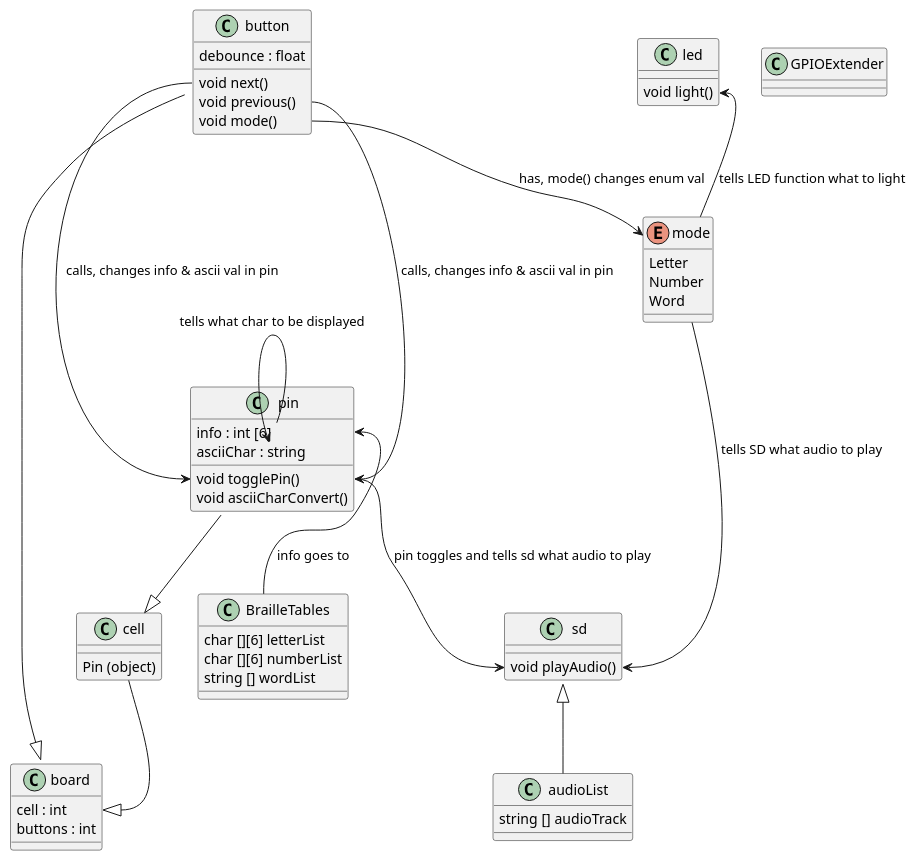
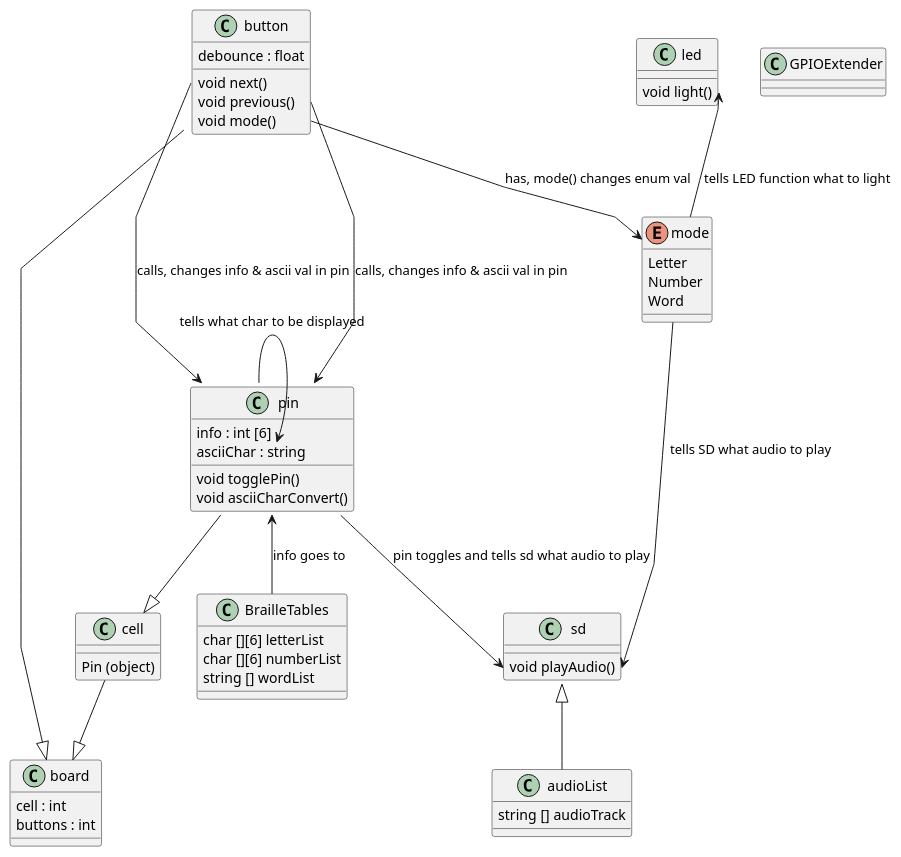
Before and after one commit to nathe6/ENGR696-Braille: the diagram in Braille_Project/main/Braille.puml, drawn with PlantUML.

Commit message:
Second UML Diagram

```diff
--- a/Braille_Project/main/Braille.puml
+++ b/Braille_Project/main/Braille.puml
@@ -1,62 +1,63 @@
 @startuml braille
+skinparam linetype polyline
 
 class board {
     cell : int
     buttons : int
 }
 
-    cell --|> board::cell
+    cell --|> board
     cell : Pin (object)
     button --|> board
     pin --|> cell
 
 class pin {
     info : int [6]
     asciiChar : string
     void togglePin()
     void asciiCharConvert()
 }
 
-    pin::info <-- BrailleTables : info goes to
+    pin <-- BrailleTables : info goes to
     BrailleTables : char [][6] letterList
     BrailleTables : char [][6] numberList
     BrailleTables : string [] wordList
-    pin::info --> pin::asciiChar : tells what char to be displayed
+    pin --> pin::asciiChar : tells what char to be displayed
 
 class button {
     debounce : float 
     void next() 
     void previous()
     void mode()
 }
+
+    button::next ---> pin : calls, changes info & ascii val in pin
+    button::previous ---> pin : calls, changes info & ascii val in pin
+    button::mode --> mode : has, mode() changes enum val
 
 class GPIOExtender {
     
 }
 
 class sd {
     void playAudio()
 }
 
     sd <|-- audioList 
     audioList : string [] audioTrack
     mode --> sd::playAudio : tells SD what audio to play
-    pin::togglePin --> sd::playAudio : pin toggles and tells sd what audio to play
+    pin --> sd::playAudio : pin toggles and tells sd what audio to play
 
 class led {
     void light()
 }
 
     led::light <-- mode : tells LED function what to light
 
 enum mode {
     Letter
     Number
     Word
 } 
 
-    button::next ---> pin::togglePin : calls, changes info & ascii val in pin
-    button::previous ---> pin::togglePin : calls, changes info & ascii val in pin
-    button::mode --> mode : has, mode() changes enum val
-
 @enduml
```
